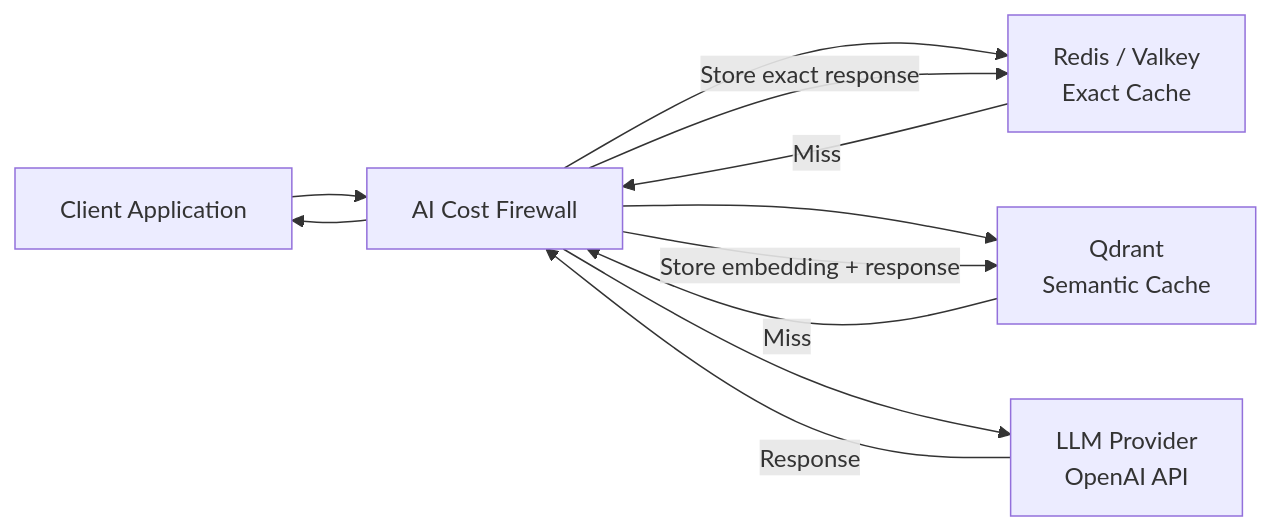
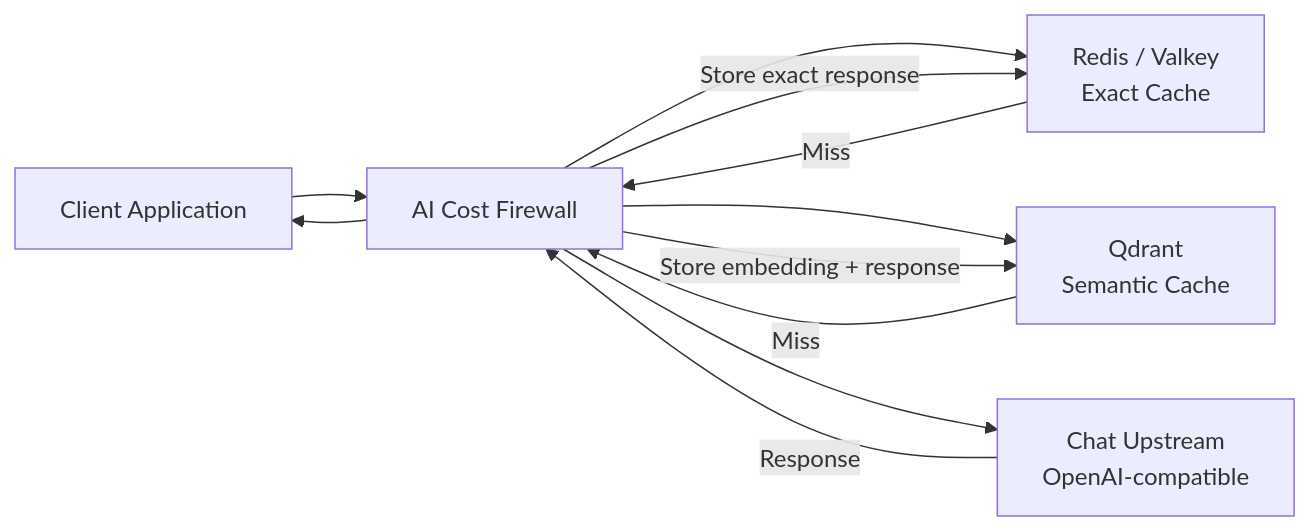
The fourth of 4 diagrams in docs/architecture.md (vcal-project/ai-firewall), drawn with Mermaid before and after one commit. The commit also changed other lines of this file and 6 other files, not shown here.

Commit message:
Document OpenAI-compatible provider hardening

````diff
--- a/docs/architecture.md
+++ b/docs/architecture.md
@@ -270,25 +308,25 @@
 ```mermaid
 flowchart LR
 
     Client[Client Application]
     Firewall[AI Cost Firewall]
     Redis[Redis / Valkey<br/>Exact Cache]
     Qdrant[Qdrant<br/>Semantic Cache]
-    Upstream[LLM Provider<br/>OpenAI API]
+    Upstream[Chat Upstream<br/>OpenAI-compatible]
 
     Client --> Firewall
 
     Firewall --> Redis
     Redis -->|Miss| Firewall
 
     Firewall --> Qdrant
     Qdrant -->|Miss| Firewall
 
     Firewall --> Upstream
     Upstream -->|Response| Firewall
 
     Firewall -->|Store exact response| Redis
     Firewall -->|Store embedding + response| Qdrant
 
     Firewall --> Client
 ```
````
